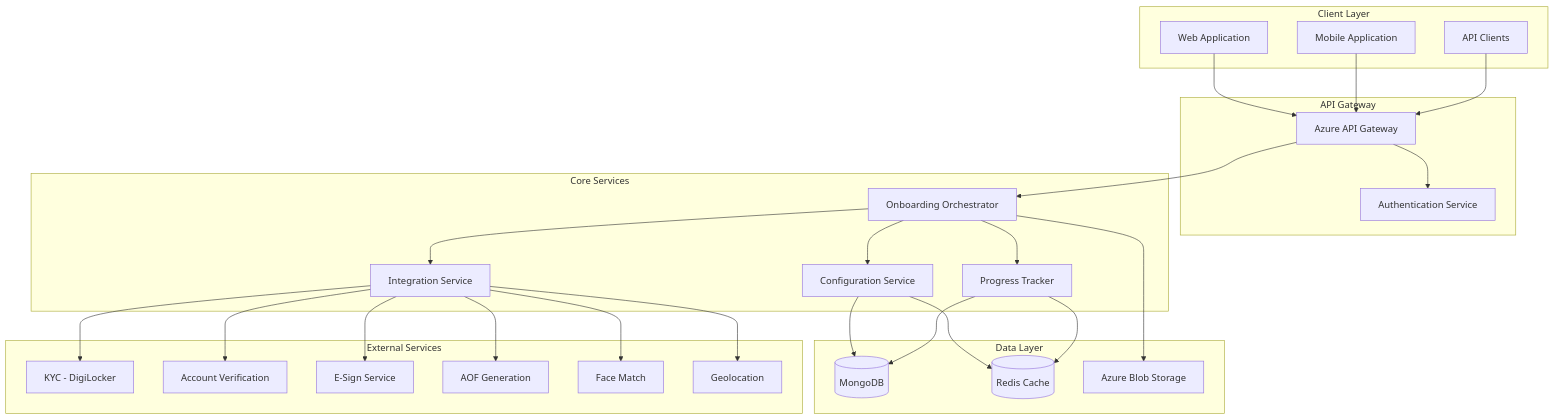
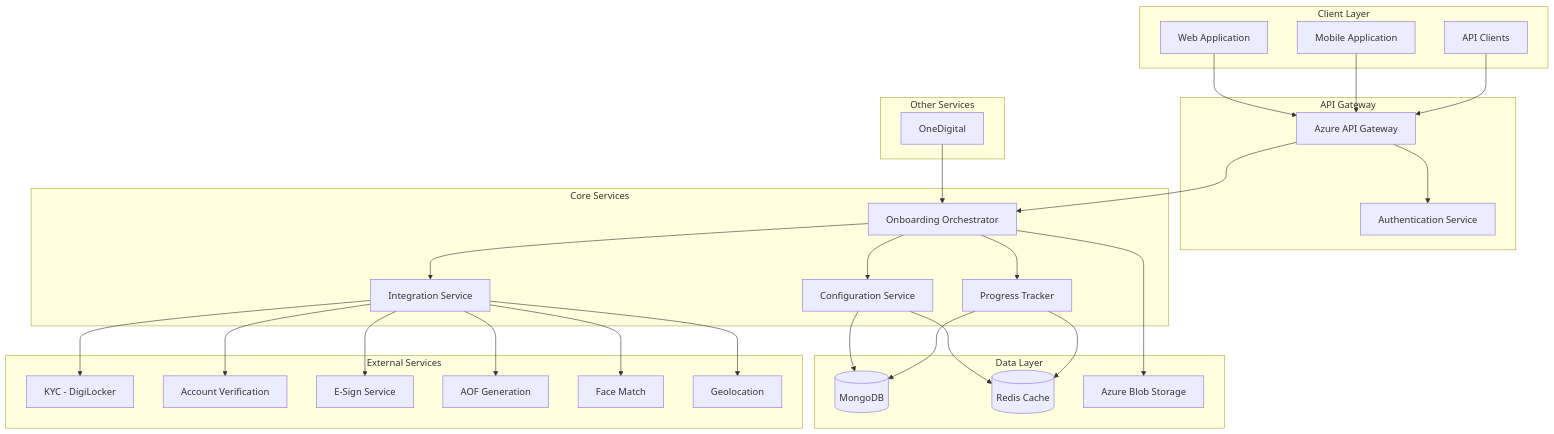
The first of 3 diagrams in README.md (centricity-ai/onboarding.github.io), drawn with Mermaid before and after one commit. The commit also changed other lines of this file, not shown here.

````diff
--- a/README.md
+++ b/README.md
@@ -35,61 +35,67 @@
 ```mermaid
 graph TB
     subgraph "Client Layer"
         WEB[Web Application]
         MOB[Mobile Application]
         API_CLIENT[API Clients]
     end
     
     subgraph "API Gateway"
         GATEWAY[Azure API Gateway]
         AUTH[Authentication Service]
     end
     
     subgraph "Core Services"
         ORC[Onboarding Orchestrator]
         CONFIG[Configuration Service]
         PROGRESS[Progress Tracker]
         INTEGRATION[Integration Service]
     end
     
     subgraph "Data Layer"
         MONGO[(MongoDB)]
         REDIS[(Redis Cache)]
         BLOB[Azure Blob Storage]
     end
     
     subgraph "External Services"
         KYC[KYC - DigiLocker]
         VERIFY[Account Verification]
         ESIGN[E-Sign Service]
         AOF[AOF Generation]
         FACE[Face Match]
         GEO[Geolocation]
     end
-    
+
+    subgraph "Other Services"
+        UNAUTH[OneDigital]
+    end
+
     WEB --> GATEWAY
     MOB --> GATEWAY
     API_CLIENT --> GATEWAY
-    
+
+    UNAUTH --> ORC
+
     GATEWAY --> AUTH
     GATEWAY --> ORC
     
     ORC --> CONFIG
     ORC --> PROGRESS
     ORC --> INTEGRATION
     
     CONFIG --> MONGO
     CONFIG --> REDIS
     
     PROGRESS --> MONGO
     PROGRESS --> REDIS
     
     INTEGRATION --> KYC
     INTEGRATION --> VERIFY
     INTEGRATION --> ESIGN
     INTEGRATION --> AOF
     INTEGRATION --> FACE
     INTEGRATION --> GEO
-    
+
     ORC --> BLOB
 ```
````
